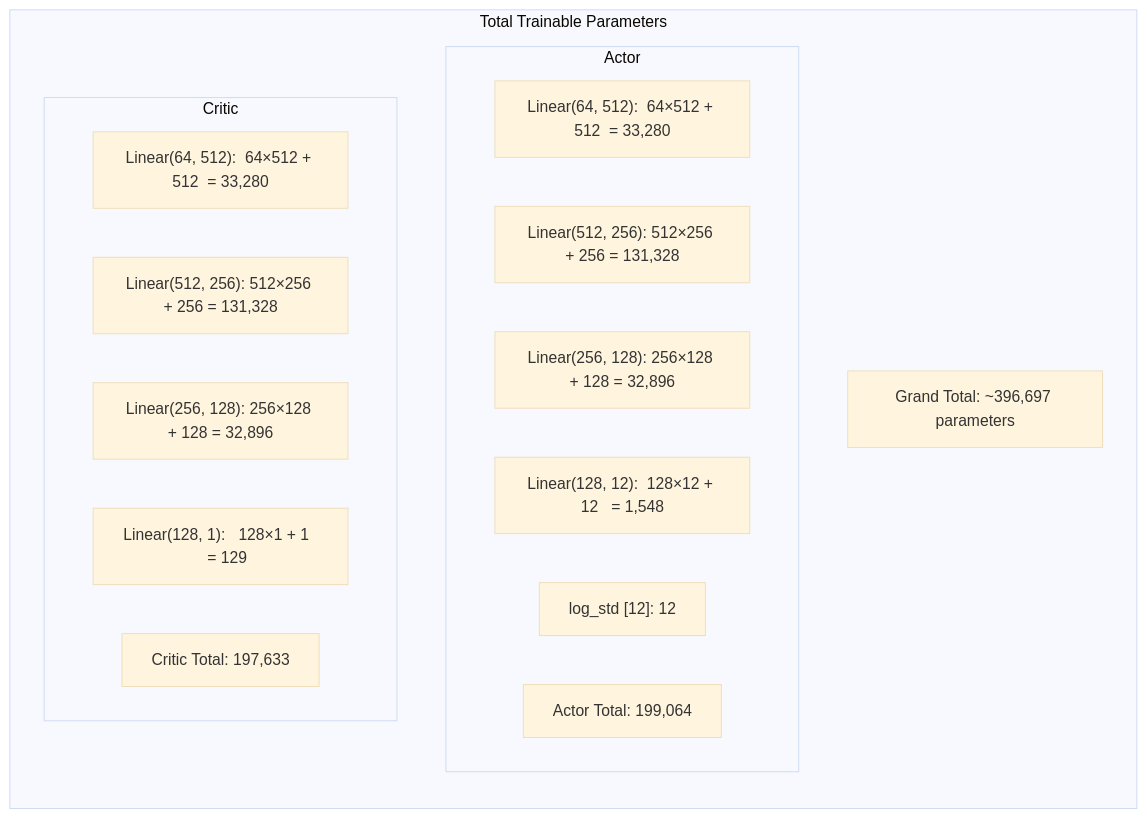
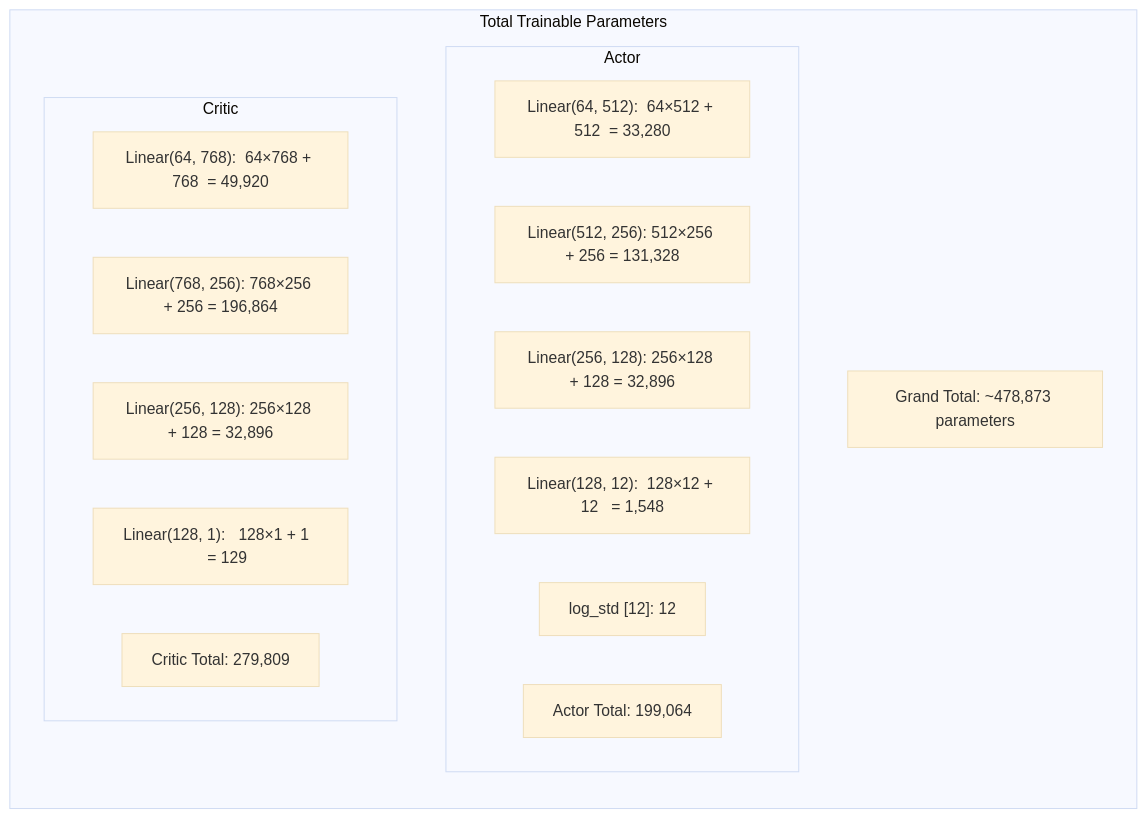
The seventh of 9 diagrams in docs/PPO_NETWORK.md (armmarov/armrobot), drawn with Mermaid (base theme) before and after one commit. The commit also changed other lines of this file and 8 other files, not shown here.

````diff
--- a/docs/PPO_NETWORK.md
+++ b/docs/PPO_NETWORK.md
@@ -173,24 +323,24 @@
 ```mermaid
 flowchart TB
     subgraph PARAMS["Total Trainable Parameters"]
         direction TB
         subgraph ACTOR_P["Actor"]
             AP1["Linear(64, 512):  64×512 + 512  = 33,280"]
             AP2["Linear(512, 256): 512×256 + 256 = 131,328"]
             AP3["Linear(256, 128): 256×128 + 128 = 32,896"]
             AP4["Linear(128, 12):  128×12 + 12   = 1,548"]
             AP5["log_std [12]:                      12"]
             AP_TOTAL["Actor Total: 199,064"]
         end
 
         subgraph CRITIC_P["Critic"]
-            CP1["Linear(64, 512):  64×512 + 512  = 33,280"]
-            CP2["Linear(512, 256): 512×256 + 256 = 131,328"]
+            CP1["Linear(64, 768):  64×768 + 768  = 49,920"]
+            CP2["Linear(768, 256): 768×256 + 256 = 196,864"]
             CP3["Linear(256, 128): 256×128 + 128 = 32,896"]
             CP4["Linear(128, 1):   128×1 + 1     = 129"]
-            CP_TOTAL["Critic Total: 197,633"]
+            CP_TOTAL["Critic Total: 279,809"]
         end
 
-        GRAND["Grand Total: ~396,697 parameters"]
+        GRAND["Grand Total: ~478,873 parameters"]
     end
 ```
````
